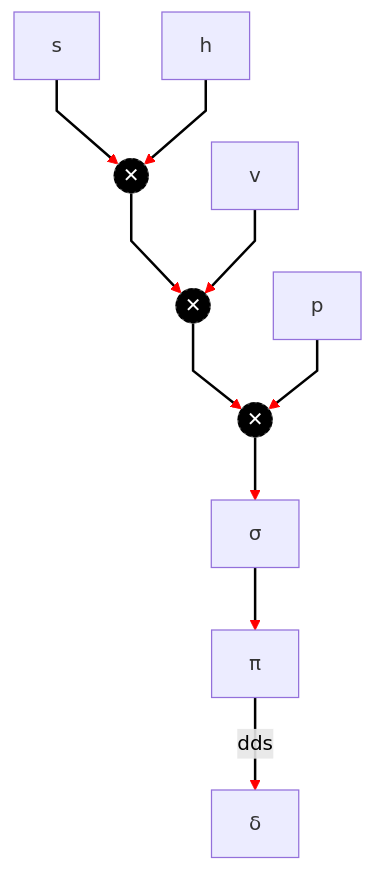
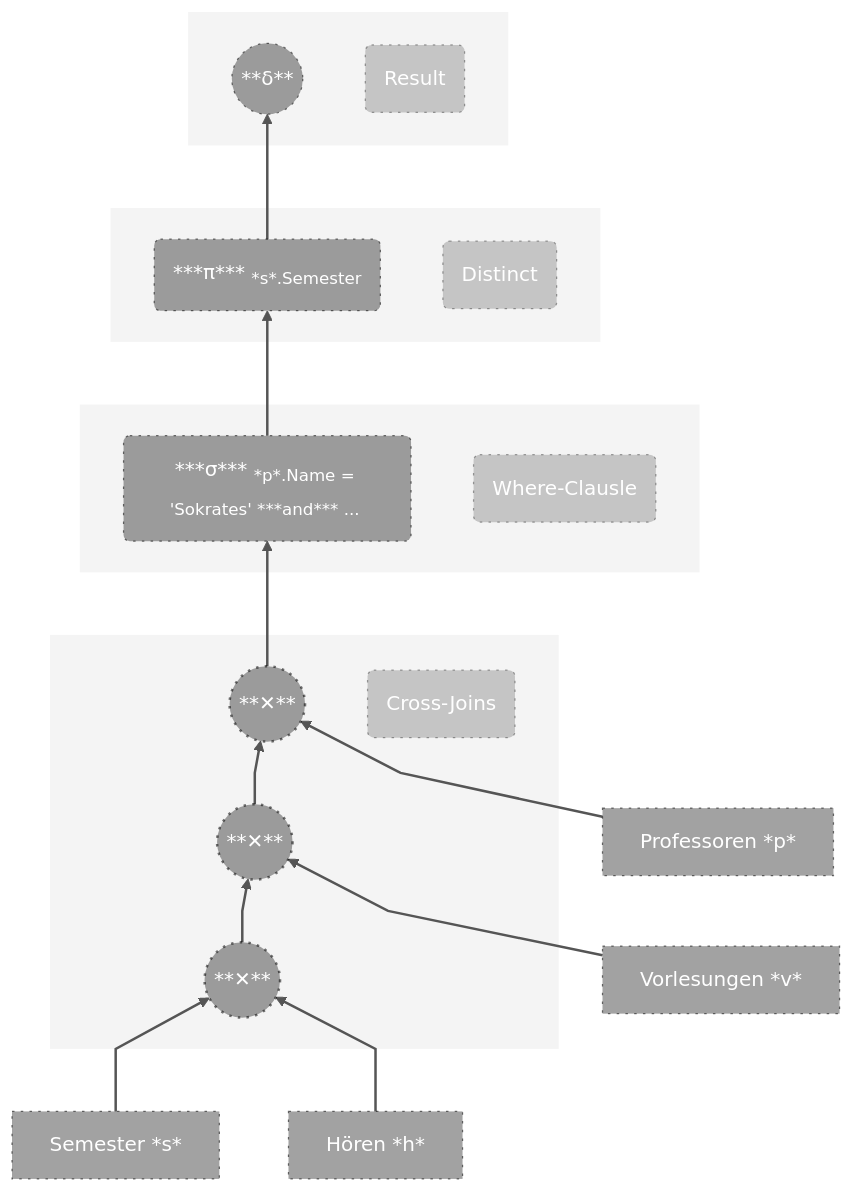
One commit to IxI-Enki/DbiTheorie-001 changed the diagram in diagrams/logische-optimierung.md. Above: the diagram before and after it, drawn with Mermaid.

````diff
--- a/diagrams/logische-optimierung.md
+++ b/diagrams/logische-optimierung.md
@@ -4,40 +4,70 @@
 ```mermaid
 %%{init: { "flowchart": { "curve": "linear" } } }%%
 
-flowchart TB
-  classDef cross fill:#000,stroke:#ffffff4d,stroke-width:2px,color:#fff,stroke-dasharray: 2 4;
+flowchart BT
+  classDef cross fill:#0000005d, stroke:#0000008a, stroke-width:2px, color:#fff, stroke-dasharray: 2 5;
+  classDef node fill:#0000005d, stroke:#0000008a, stroke-width:1px, color:#fff, stroke-dasharray: 2 5;
+  classDef sub fill:#0000000b, stroke:#00000000;
+  classDef note fill:#00000031, stroke:#0000005a, stroke-width:1px, color:#fff, stroke-dasharray: 2 5;
+
+  0((**δ**))
+  1(***π*** <sub>*s*.Semester</sub>)
+  2(***σ*** <sub>*p*.Name = 'Sokrates' ***and*** ... </sub>)
+  p[Professoren *p*]
+  s[Semester *s*]
+  h[Hören *h*]
+  v[Vorlesungen *v*]
+   x((**✕**))
+  x2((**✕**))
+  noteX
+  x3((**✕**))
   
-  0[δ]
-  1[π]
-  2[σ]
-  x((✕))
-  x2((✕))
-  x3((✕))
-  p[p]
-  s[s]
-  h[h]
   class x,x2,x3 cross;
-
+  class 0,1,2,p,v,s,h node;
   %% 0  
-  1  -- dds --> 0        
+  1  --> 0        
   %% 1      
   2  --> 1        
   %% 2      
   x  --> 2        
   %% 3      
   x2 --> x        
   %% 4      
   x3 --> x2       
   %% 5      
   v  --> x2       
   %% 6      
   p  --> x        
   %% 7      
   s  --> x3       
   %% 8      
   h  --> x3       
+  linkStyle 0,1,2,3,4,5,6,7,8 fill:none, stroke:#555, stroke-width:2px, color:white;
+  
+  
+  subgraph sub0 [" "]
+    0
+    note( Result )
+  end
+  subgraph sub1 [" "]
+    1
+    note1( Distinct )
+  end
+  subgraph sub2 [" "]
+    2
+    note2( Where-Clausle )
+  end
+ 
+  subgraph subX [" "]
+    noteX( Cross-Joins )
+    x  
+    x2
+    x3
+  end
+  class note,note1,note2,noteH,noteS,noteV,noteP,noteX note;
+  class sub0,sub1,sub2,subP,subV,subS,subH,subX sub;
 
-  linkStyle 0,1,2,3,4,5,6,7,8 fill:none, stroke:#000, stroke-width:2px, color:black;
-  linkStyle default stroke-width:2px,fill:none,stroke:red;
 
+
+  
 ```
````
